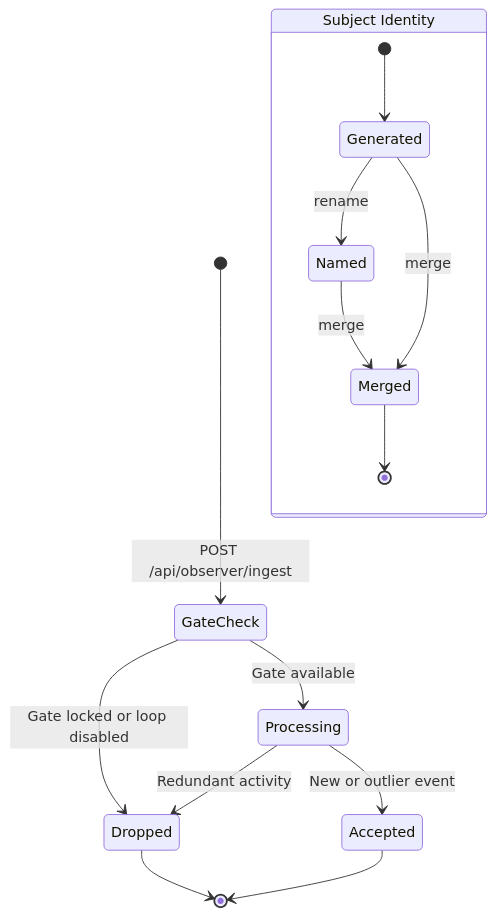
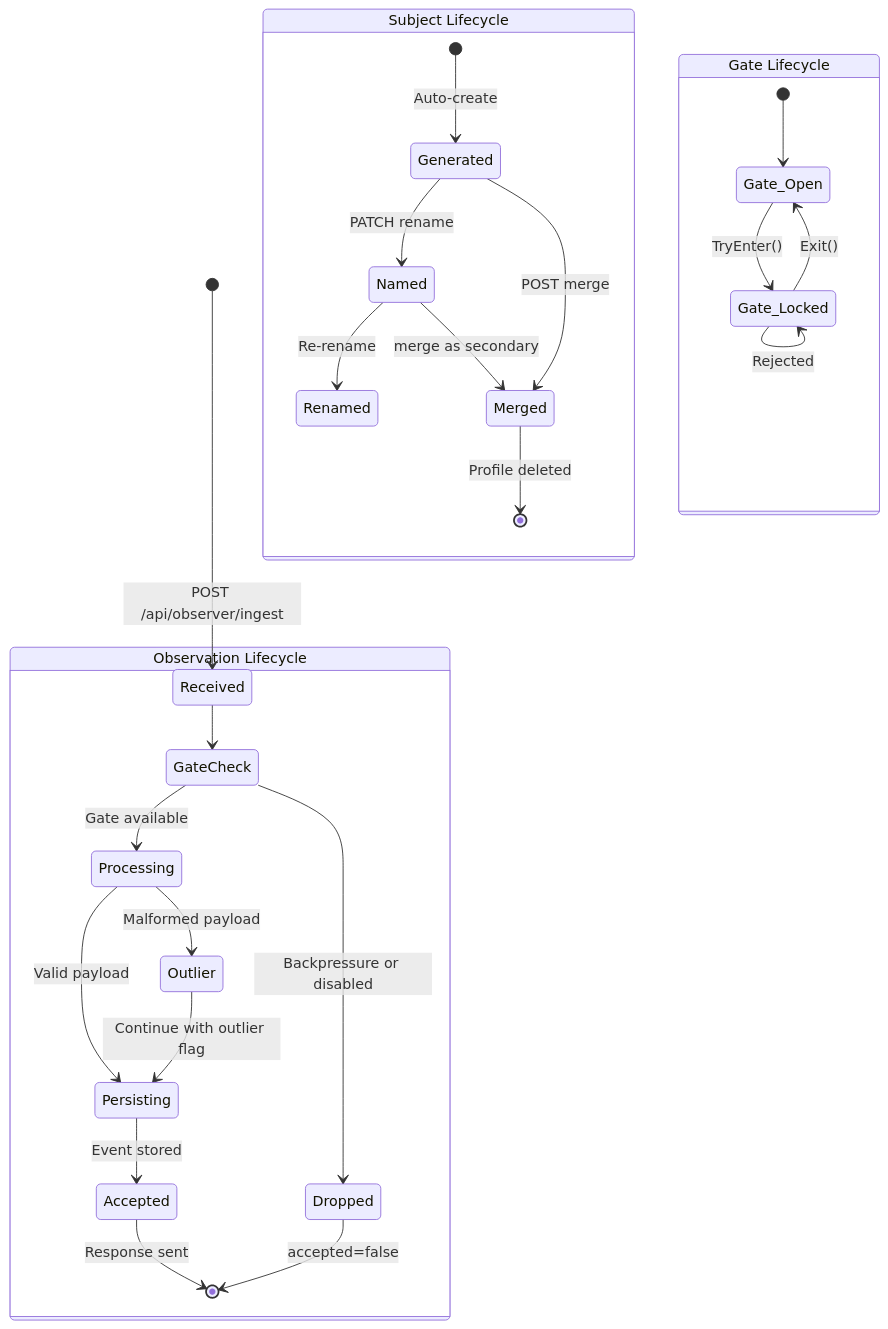
The diagram in docs/StateDynamics_MASTER_SIMPLE.mmd (punkouter26/PoWatch), drawn with Mermaid before and after one commit. The commit also changed 90 other files, not shown here.

```diff
--- a/docs/StateDynamics_MASTER_SIMPLE.mmd
+++ b/docs/StateDynamics_MASTER_SIMPLE.mmd
@@ -1,16 +1,30 @@
 stateDiagram-v2
-    [*] --> GateCheck : POST /api/observer/ingest
-    GateCheck --> Dropped : Gate locked or loop disabled
-    GateCheck --> Processing : Gate available
-    Processing --> Dropped : Redundant activity
-    Processing --> Accepted : New or outlier event
-    Accepted --> [*]
-    Dropped --> [*]
+    [*] --> Received : POST /api/observer/ingest
 
-    state "Subject Identity" as SI {
-        [*] --> Generated
-        Generated --> Named : rename
-        Named --> Merged : merge
-        Generated --> Merged : merge
-        Merged --> [*]
+    state "Observation Lifecycle" as ObsLC {
+        Received --> GateCheck
+        GateCheck --> Dropped : Backpressure or disabled
+        GateCheck --> Processing : Gate available
+        Processing --> Persisting : Valid payload
+        Processing --> Outlier : Malformed payload
+        Outlier --> Persisting : Continue with outlier flag
+        Persisting --> Accepted : Event stored
+        Accepted --> [*] : Response sent
+        Dropped --> [*] : accepted=false
     }
+
+    state "Subject Lifecycle" as SubjLC {
+        [*] --> Generated : Auto-create
+        Generated --> Named : PATCH rename
+        Named --> Renamed : Re-rename
+        Generated --> Merged : POST merge
+        Named --> Merged : merge as secondary
+        Merged --> [*] : Profile deleted
+    }
+
+    state "Gate Lifecycle" as GateLC {
+        [*] --> Gate_Open
+        Gate_Open --> Gate_Locked : TryEnter()
+        Gate_Locked --> Gate_Open : Exit()
+        Gate_Locked --> Gate_Locked : Rejected
+    }
```
